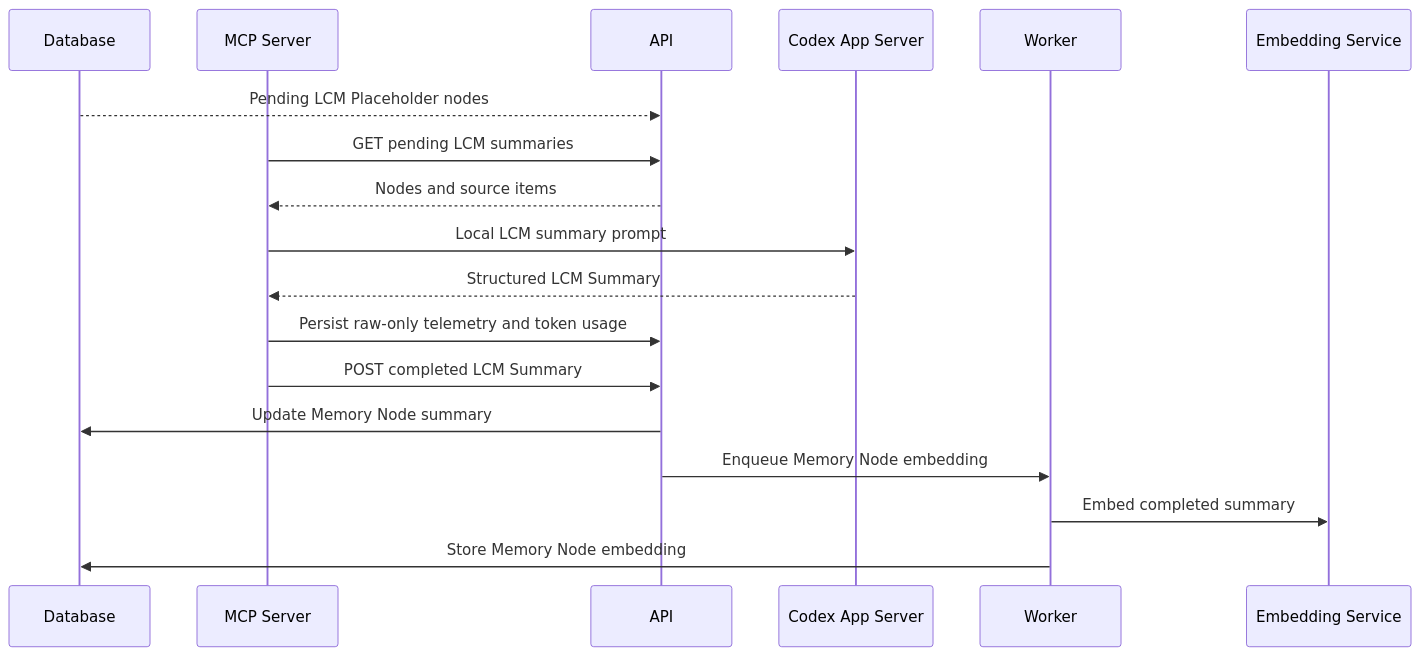
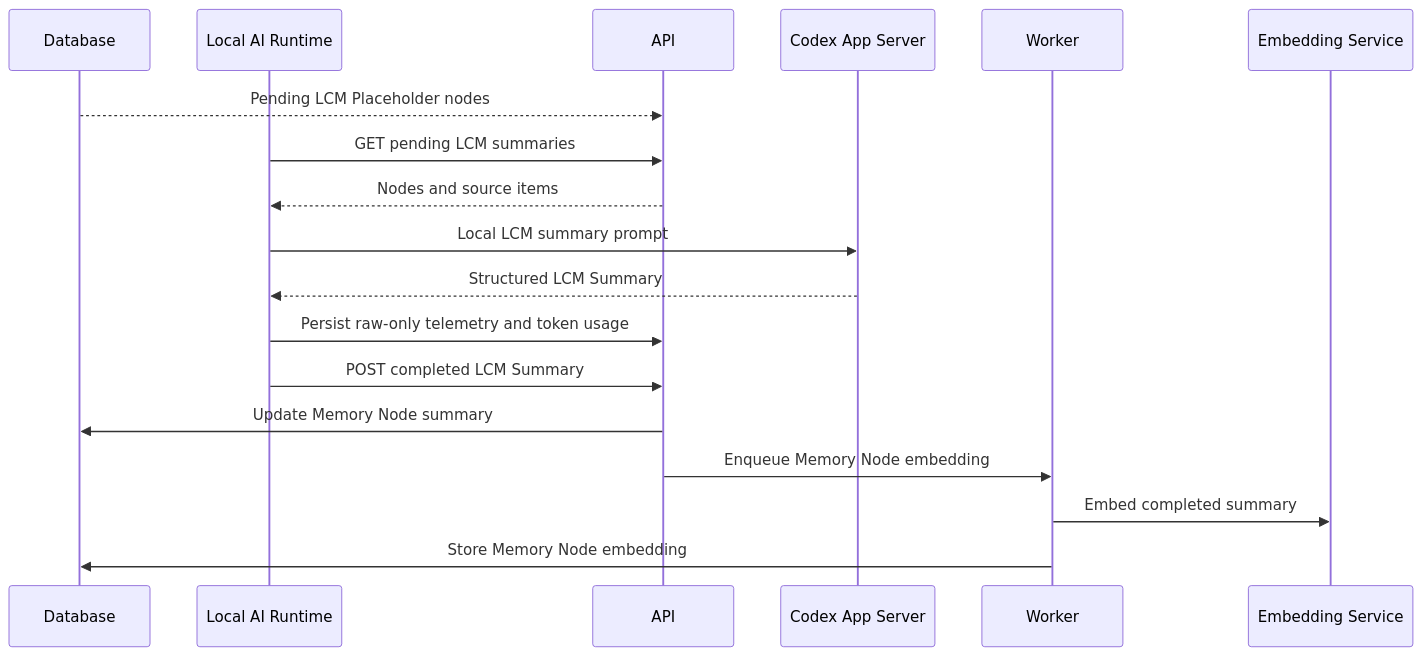
The fourth of 5 diagrams in docs/service-sequence-overview.md (johncarmack1984/koed), drawn with Mermaid before and after one commit. The commit also changed other lines of this file and 93 other files, not shown here.

Commit message:
Adopt MCP 2026-07-28 with a stateless local runtime (#334)

````diff
--- a/docs/service-sequence-overview.md
+++ b/docs/service-sequence-overview.md
@@ -925,21 +929,21 @@
 ```mermaid
 sequenceDiagram
   participant DB as Database
-  participant MCP as MCP Server
+  participant Runtime as Local AI Runtime
   participant API as API
   participant Codex as Codex App Server
   participant Worker as Worker
   participant Embed as Embedding Service
 
   DB-->>API: Pending LCM Placeholder nodes
-  MCP->>API: GET pending LCM summaries
-  API-->>MCP: Nodes and source items
-  MCP->>Codex: Local LCM summary prompt
-  Codex-->>MCP: Structured LCM Summary
-  MCP->>API: Persist raw-only telemetry and token usage
-  MCP->>API: POST completed LCM Summary
+  Runtime->>API: GET pending LCM summaries
+  API-->>Runtime: Nodes and source items
+  Runtime->>Codex: Local LCM summary prompt
+  Codex-->>Runtime: Structured LCM Summary
+  Runtime->>API: Persist raw-only telemetry and token usage
+  Runtime->>API: POST completed LCM Summary
   API->>DB: Update Memory Node summary
   API->>Worker: Enqueue Memory Node embedding
   Worker->>Embed: Embed completed summary
   Worker->>DB: Store Memory Node embedding
 ```
````
